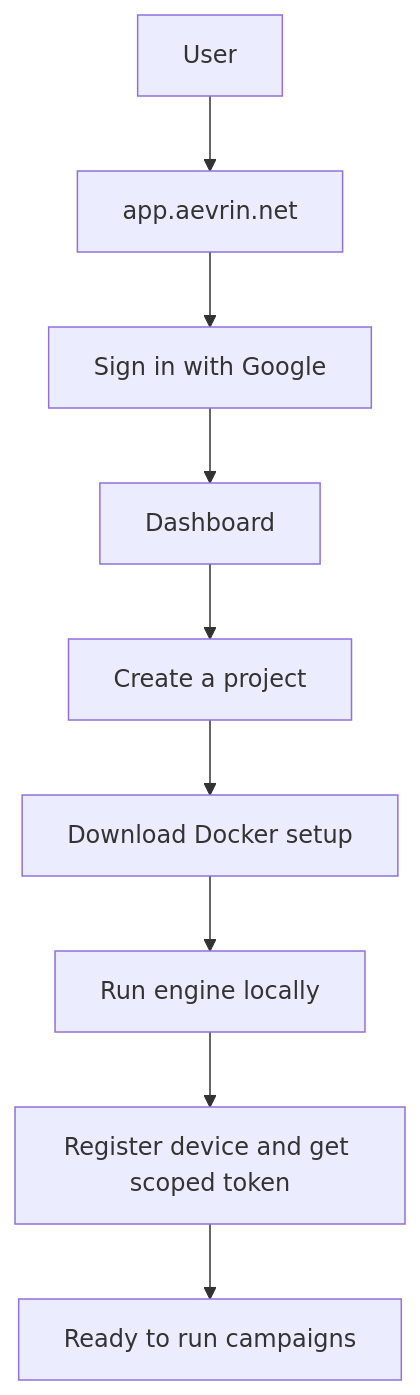
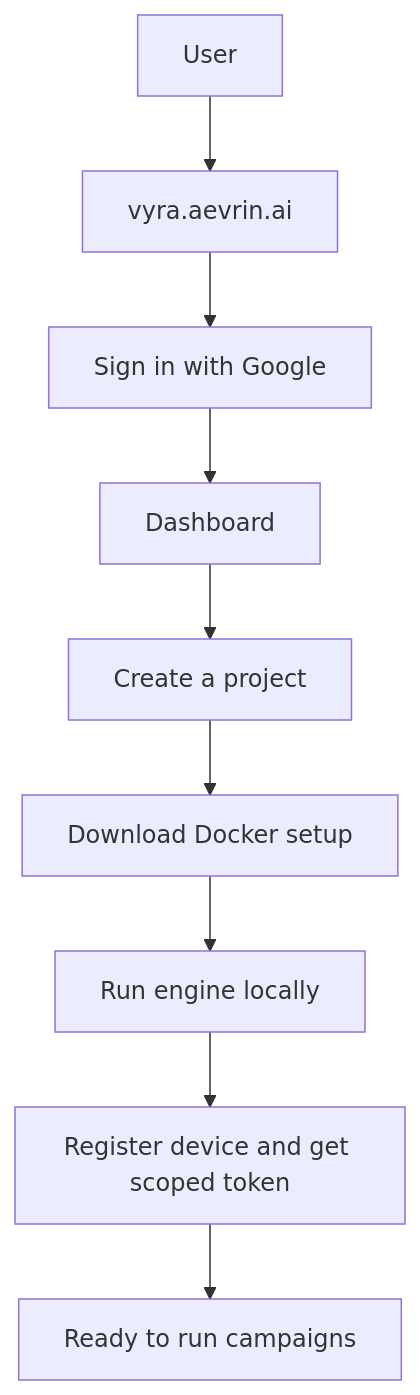
One commit to Aevrin-ai/modelWrecker changed the third of 3 diagrams in docs/architecture/local-cloud.md. Above: the diagram before and after it, drawn with Mermaid. The commit also changed 13 other files, not shown here.

First line of the commit message:
feat: move the web app to vyra.aevrin.ai, keep app.aevrin.net for the CLI (#80)

````diff
--- a/docs/architecture/local-cloud.md
+++ b/docs/architecture/local-cloud.md
@@ -87,11 +87,11 @@
 ```mermaid
 flowchart TD
-  U[User] --> WEB[app.aevrin.net]
+  U[User] --> WEB[vyra.aevrin.ai]
   WEB --> LOGIN[Sign in with Google]
   LOGIN --> DASH[Dashboard]
   DASH --> PROJ[Create a project]
   PROJ --> DL[Download Docker setup]
   DL --> RUN[Run engine locally]
   RUN --> REG[Register device and get scoped token]
   REG --> READY[Ready to run campaigns]
 ```
````
